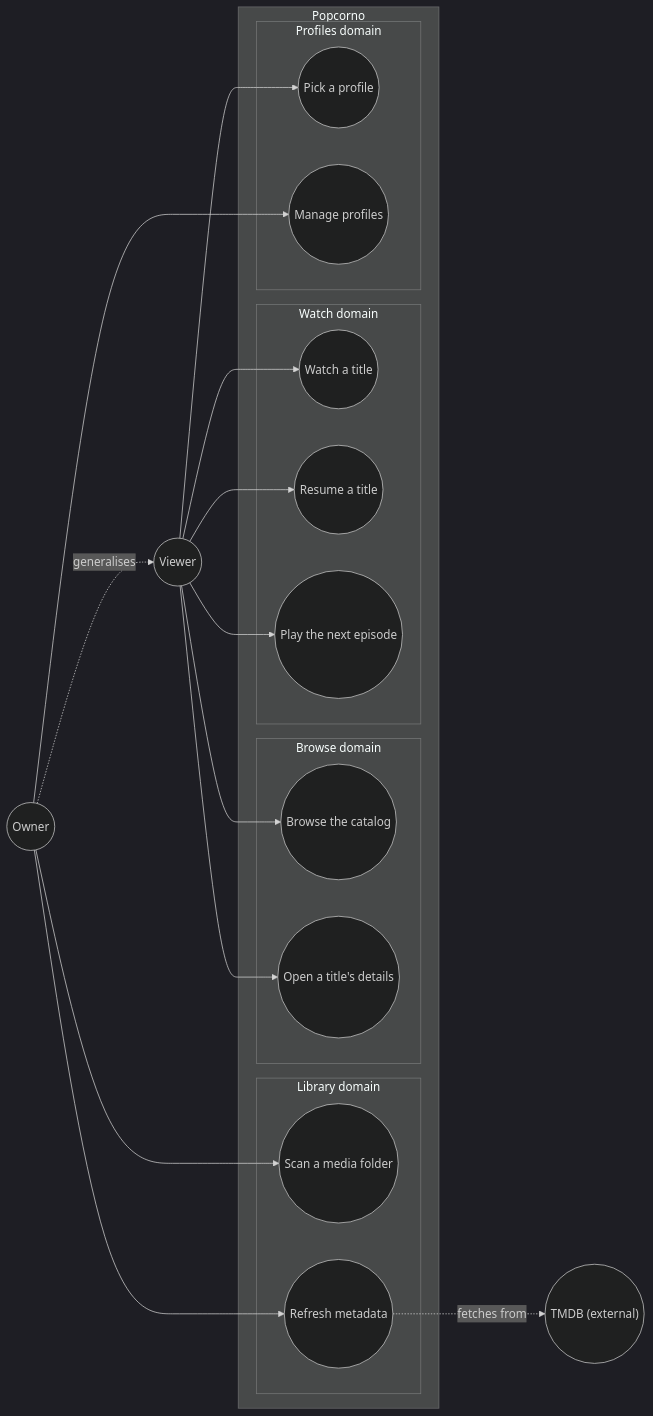
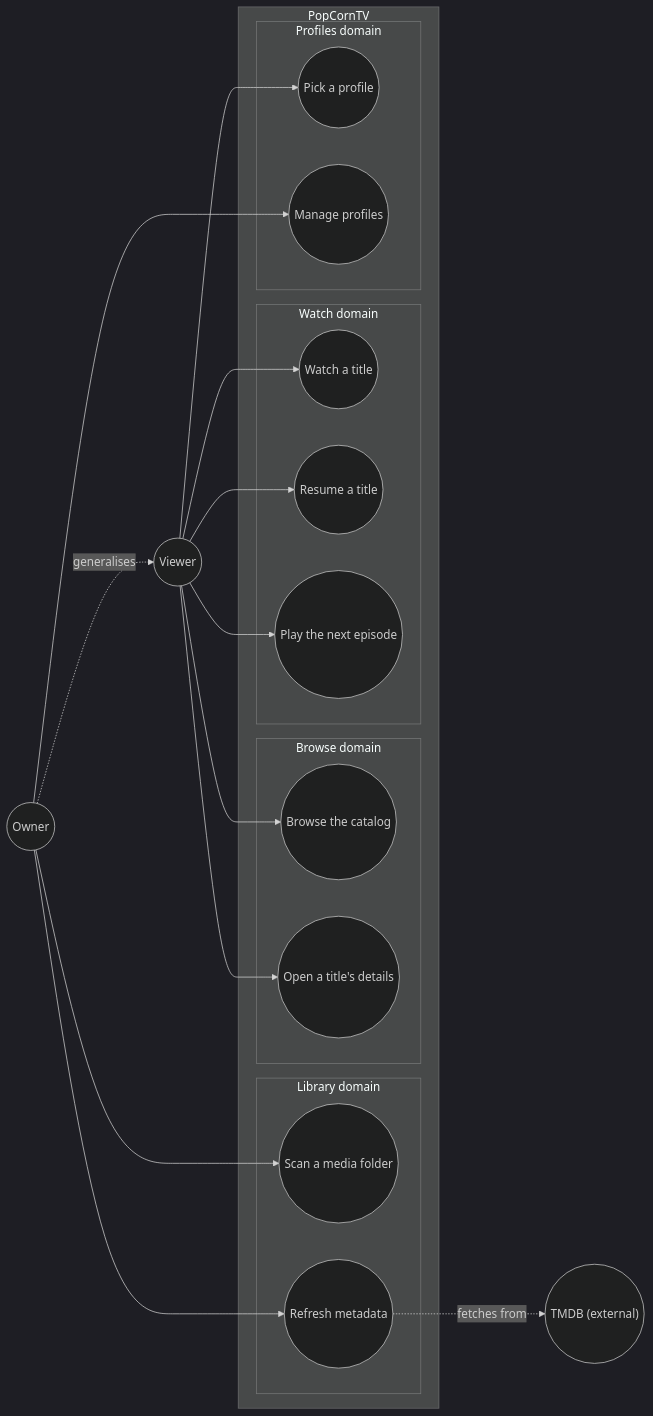
One commit to benoit-bremaud/popcorno changed the diagram in docs/architecture/diagrams/playback/01-use-case.md. Above: the diagram before and after it, drawn with Mermaid (dark theme). The commit also changed other lines of this file and 70 other files, not shown here.

First line of the commit message:
chore: rename the project to PopCornTV (#34)

````diff
--- a/docs/architecture/diagrams/playback/01-use-case.md
+++ b/docs/architecture/diagrams/playback/01-use-case.md
@@ -14,36 +14,36 @@
 ```mermaid
 flowchart LR
   Viewer((Viewer))
   Owner((Owner))
   TMDB(("TMDB (external)"))
-  subgraph SYSTEM ["Popcorno"]
+  subgraph SYSTEM ["PopCornTV"]
     subgraph Library ["Library domain"]
       UC1(("Scan a media folder"))
       UC2(("Refresh metadata"))
     end
     subgraph Browse ["Browse domain"]
       UC3(("Browse the catalog"))
       UC4(("Open a title's details"))
     end
     subgraph Watch ["Watch domain"]
       UC5(("Watch a title"))
       UC6(("Resume a title"))
       UC7(("Play the next episode"))
     end
     subgraph Profiles ["Profiles domain"]
       UC8(("Pick a profile"))
       UC9(("Manage profiles"))
     end
   end
   Owner --> UC1
   Owner --> UC2
   Owner --> UC9
   Viewer --> UC3
   Viewer --> UC4
   Viewer --> UC5
   Viewer --> UC6
   Viewer --> UC7
   Viewer --> UC8
   UC2 -.->|"fetches from"| TMDB
   Owner -.->|"generalises"| Viewer
 ```
````
